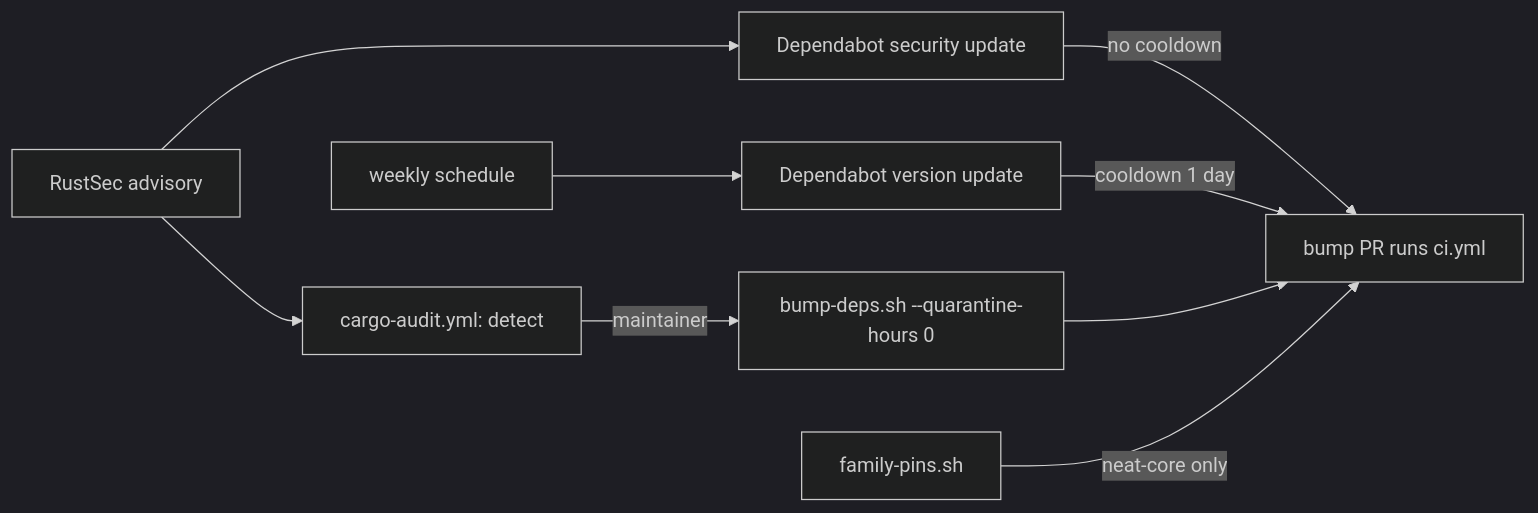
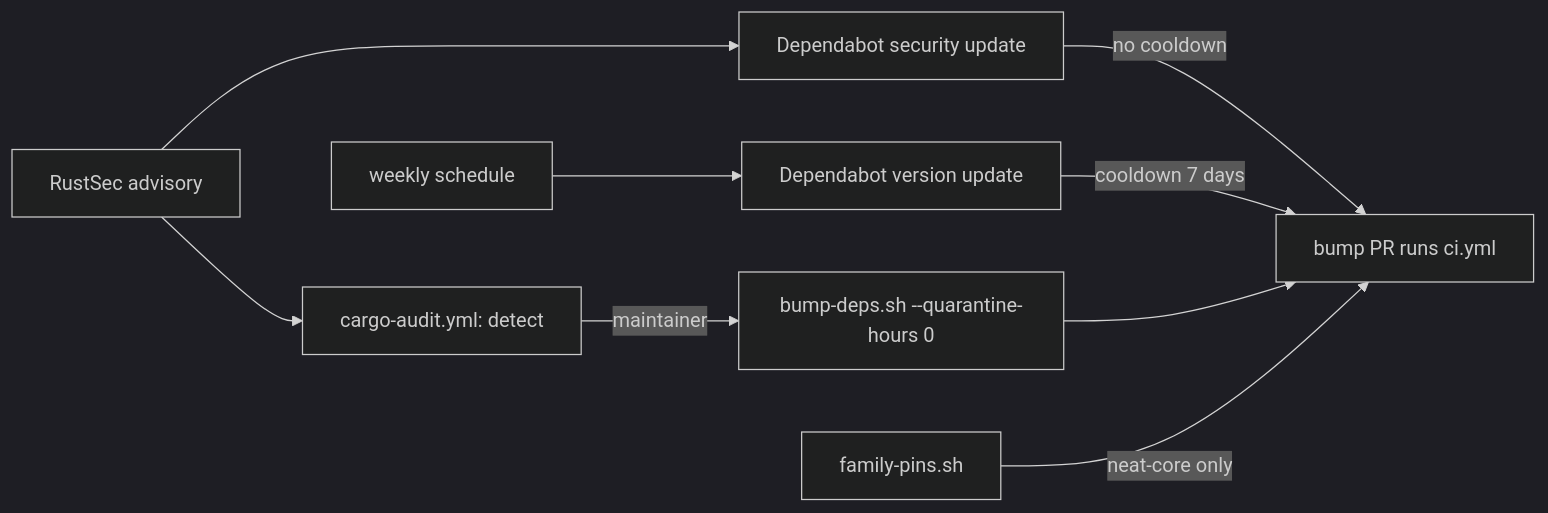
Before and after one commit to stSoftwareAU/NEAT-AI-scorer: diagram 22 of 29 in README.md, drawn with Mermaid (dark theme). The commit also changed other lines of this file and 6 other files, not shown here.

Commit message:
Raise Dependabot cooldown to 7 days for Semgrep dependabot-missing-cooldown (#658)

````diff
--- a/README.md
+++ b/README.md
@@ -1637,11 +1638,11 @@
 ```mermaid
 flowchart LR
     ADV[RustSec advisory] --> AUD[cargo-audit.yml: detect]
     ADV --> DSU[Dependabot security update]
     DSU -->|no cooldown| PR[bump PR runs ci.yml]
     WK[weekly schedule] --> DVU[Dependabot version update]
-    DVU -->|cooldown 1 day| PR
+    DVU -->|cooldown 7 days| PR
     AUD -->|maintainer| EM["bump-deps.sh --quarantine-hours 0"]
     EM --> PR
     FP[family-pins.sh] -->|neat-core only| PR
 ```
````
